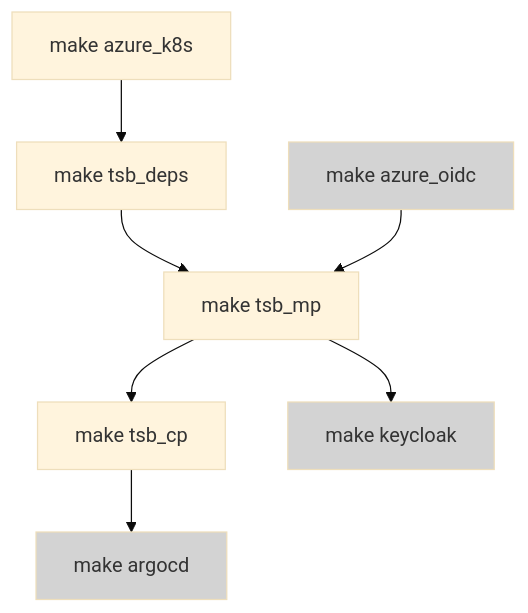
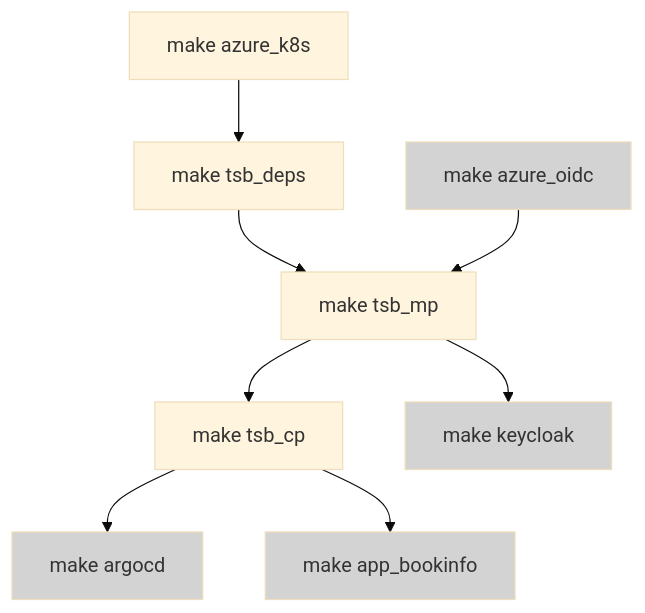
The diagram in README.md (tetratelabs/tetrate-service-bridge-sandbox), drawn with Mermaid (base theme) before and after one commit. The commit also changed other lines of this file and 1 other file, not shown here.

Commit message:
app_bookinfo updates

````diff
--- a/README.md
+++ b/README.md
@@ -7,12 +7,14 @@
 ```mermaid
   graph TD;
       A[make azure_k8s] --> B[make tsb_deps]
       B[make tsb_deps] --> C[make tsb_mp]
       Y[make azure_oidc] --> C[make tsb_mp]
       C[make tsb_mp] --> D[make tsb_cp]
       C[make tsb_mp] --> F[make keycloak]
       D[make tsb_cp] --> E[make argocd]
+      D[make tsb_cp] --> Z[make app_bookinfo]
+      style Z fill:lightgrey
       style Y fill:lightgrey
       style E fill:lightgrey
       style F fill:lightgrey
 ```
````
